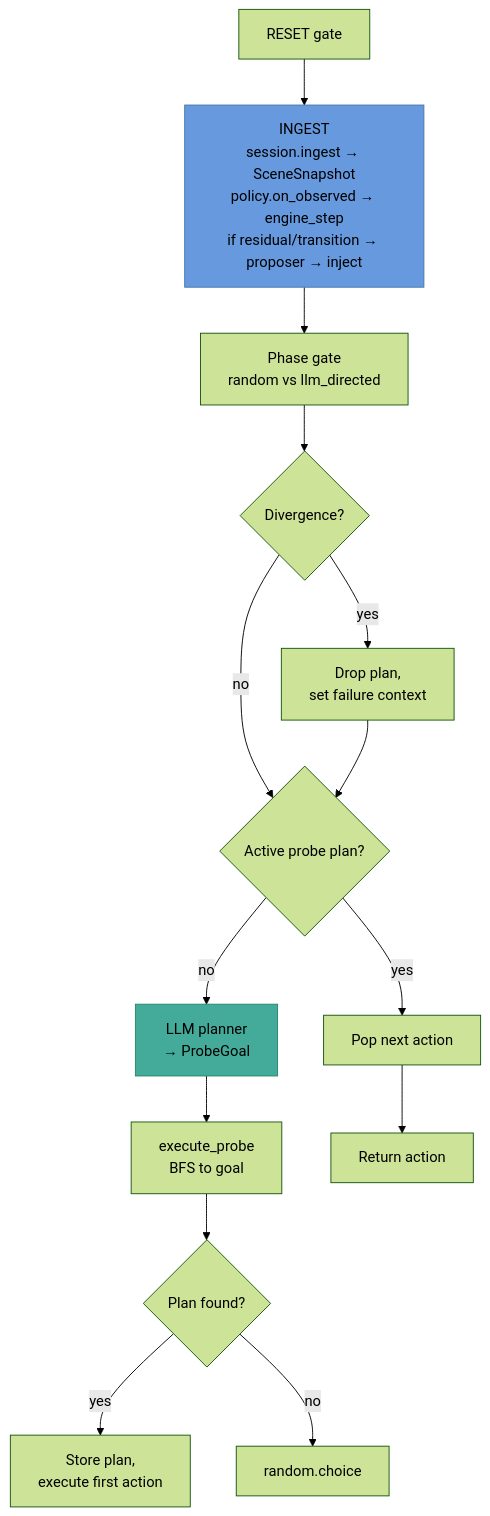
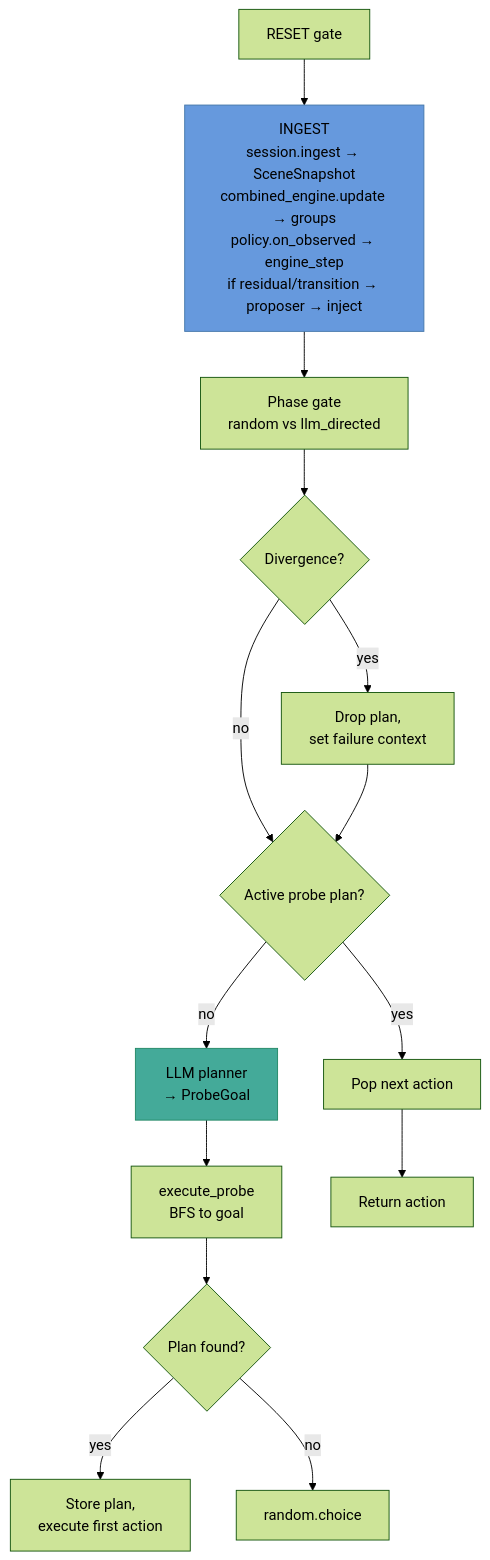
The second of 8 diagrams in docs/reports/llm-curiosity-agent.md (peara/ARC-AGI-3-Agents), drawn with Mermaid (forest theme) before and after one commit. The commit also changed other lines of this file and 3 other files, not shown here.

First line of the commit message:
feat(grouping): wire CombinedEngine into agent, add tests, update docs

````diff
--- a/docs/reports/llm-curiosity-agent.md
+++ b/docs/reports/llm-curiosity-agent.md
@@ -68,19 +71,19 @@
 ```mermaid
 flowchart TD
     RESET[RESET gate] --> INGEST
-    INGEST[INGEST<br/>session.ingest → SceneSnapshot<br/>policy.on_observed → engine_step<br/>if residual/transition → proposer → inject] --> PHASE
+    INGEST[INGEST<br/>session.ingest → SceneSnapshot<br/>combined_engine.update → groups<br/>policy.on_observed → engine_step<br/>if residual/transition → proposer → inject] --> PHASE
     PHASE[Phase gate<br/>random vs llm_directed] --> DIV
     DIV{Divergence?} -->|yes| DROP[Drop plan,<br/>set failure context]
     DIV -->|no| PROBE
     DROP --> PROBE
     PROBE{Active probe plan?} -->|yes| POP[Pop next action]
     PROBE -->|no| LLM
     LLM[LLM planner<br/>→ ProbeGoal] --> EXEC
     EXEC[execute_probe<br/>BFS to goal] --> FALLBACK
     POP --> ACT[Return action]
     FALLBACK{Plan found?} -->|yes| STORE[Store plan,<br/>execute first action]
     FALLBACK -->|no| RAND[random.choice]
 
     style INGEST fill:#69d,stroke:#47a
     style LLM fill:#4a9,stroke:#286
 ```
````
